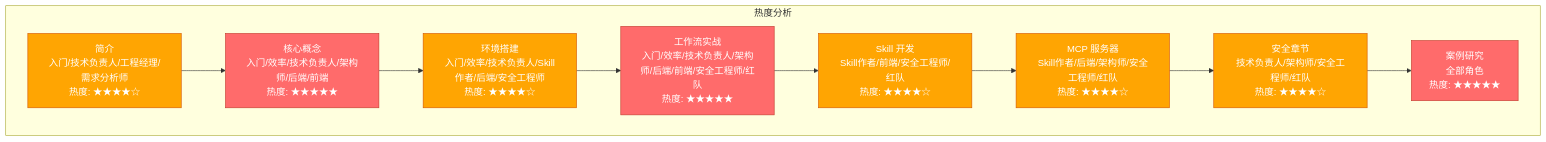
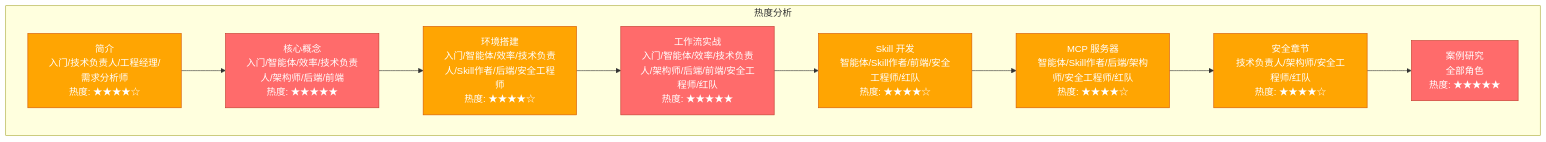
The third of 3 diagrams in src/00-guide/reading-paths.md (tonydeng/harness-engineering-from-oc-to-ai-coding), drawn with Mermaid before and after one commit. The commit also changed other lines of this file and 331 other files, not shown here.

````diff
--- a/src/00-guide/reading-paths.md
+++ b/src/00-guide/reading-paths.md
@@ -892,28 +992,28 @@
 ```mermaid
 graph TB
     subgraph 热度分析
         H1["简介<br/>入门/技术负责人/工程经理/需求分析师<br/>热度: ★★★★☆"]
-        H2["核心概念<br/>入门/效率/技术负责人/架构师/后端/前端<br/>热度: ★★★★★"]
-        H3["环境搭建<br/>入门/效率/技术负责人/Skill作者/后端/安全工程师<br/>热度: ★★★★☆"]
-        H4["工作流实战<br/>入门/效率/技术负责人/架构师/后端/前端/安全工程师/红队<br/>热度: ★★★★★"]
-        H5["Skill 开发<br/>Skill作者/前端/安全工程师/红队<br/>热度: ★★★★☆"]
-        H6["MCP 服务器<br/>Skill作者/后端/架构师/安全工程师/红队<br/>热度: ★★★★☆"]
+        H2["核心概念<br/>入门/智能体/效率/技术负责人/架构师/后端/前端<br/>热度: ★★★★★"]
+        H3["环境搭建<br/>入门/智能体/效率/技术负责人/Skill作者/后端/安全工程师<br/>热度: ★★★★☆"]
+        H4["工作流实战<br/>入门/智能体/效率/技术负责人/架构师/后端/前端/安全工程师/红队<br/>热度: ★★★★★"]
+        H5["Skill 开发<br/>智能体/Skill作者/前端/安全工程师/红队<br/>热度: ★★★★☆"]
+        H6["MCP 服务器<br/>智能体/Skill作者/后端/架构师/安全工程师/红队<br/>热度: ★★★★☆"]
         H7["安全章节<br/>技术负责人/架构师/安全工程师/红队<br/>热度: ★★★★☆"]
         H8["案例研究<br/>全部角色<br/>热度: ★★★★★"]
     end
 
     H1 --> H2
     H2 --> H3
     H3 --> H4
     H4 --> H5
     H5 --> H6
     H6 --> H7
     H7 --> H8
 
     classDef hot fill:#FF6B6B,stroke:#C0392B,color:#fff
     classDef warm fill:#FFA502,stroke:#D35400,color:#fff
     classDef cool fill:#7BED9F,stroke:#2ED573,color:#fff
 
     class H2,H4,H8 hot
     class H1,H3,H5,H6,H7 warm
 ```
````
